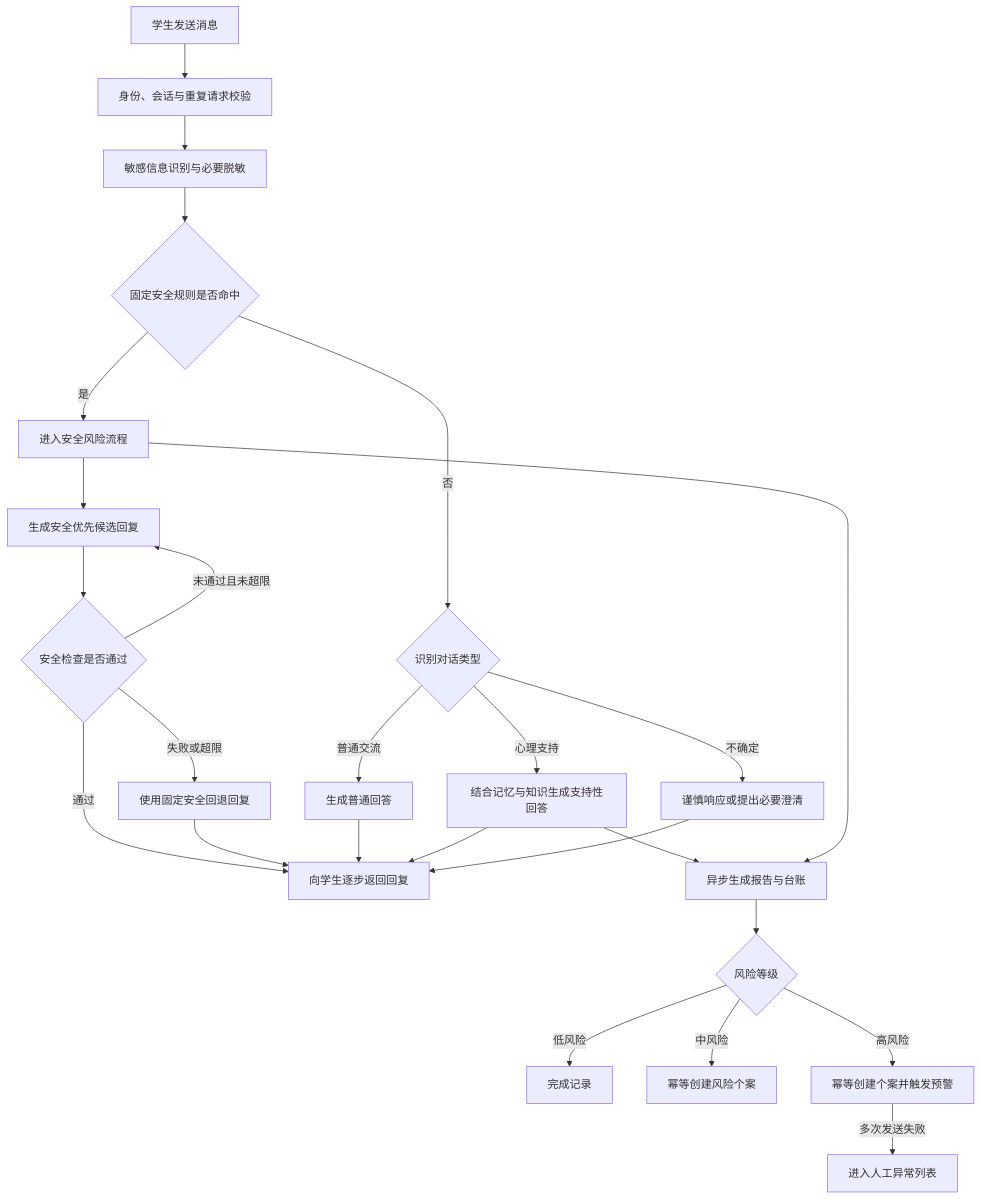
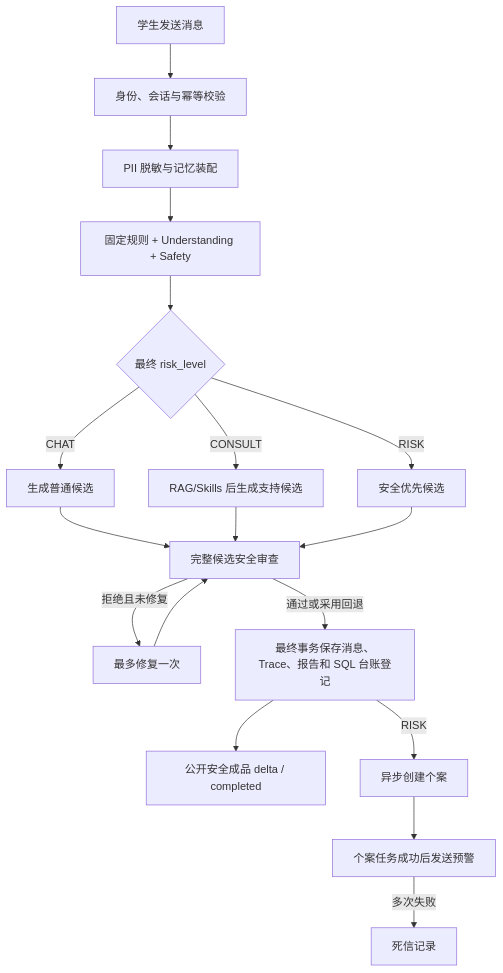
The diagram in docs/REQUIREMENTS_ANALYSIS.md (zlff003/MindNook), drawn with Mermaid before and after one commit. The commit also changed other lines of this file and 29 other files, not shown here.

````diff
--- a/docs/REQUIREMENTS_ANALYSIS.md
+++ b/docs/REQUIREMENTS_ANALYSIS.md
@@ -105,27 +117,20 @@
 ```mermaid
 flowchart TD
-    A[学生发送消息] --> B[身份、会话与重复请求校验]
-    B --> C[敏感信息识别与必要脱敏]
-    C --> D{固定安全规则是否命中}
-    D -->|是| E[进入安全风险流程]
-    D -->|否| F{识别对话类型}
-    F -->|普通交流| G[生成普通回答]
-    F -->|心理支持| H[结合记忆与知识生成支持性回答]
-    F -->|不确定| I[谨慎响应或提出必要澄清]
-    E --> J[生成安全优先候选回复]
-    J --> K{安全检查是否通过}
-    K -->|通过| L[向学生逐步返回回复]
-    K -->|未通过且未超限| J
-    K -->|失败或超限| M[使用固定安全回退回复]
-    M --> L
-    G --> L
-    H --> L
-    I --> L
-    H --> N[异步生成报告与台账]
-    E --> N
-    N --> O{风险等级}
-    O -->|低风险| P[完成记录]
-    O -->|中风险| Q[幂等创建风险个案]
-    O -->|高风险| R[幂等创建个案并触发预警]
-    R -->|多次发送失败| S[进入人工异常列表]
+    A[学生发送消息] --> B[身份、会话与幂等校验]
+    B --> C[PII 脱敏与记忆装配]
+    C --> D[固定规则 + Understanding + Safety]
+    D --> E{最终 risk_level}
+    E -->|CHAT| F[生成普通候选]
+    E -->|CONSULT| G[RAG/Skills 后生成支持候选]
+    E -->|RISK| H[安全优先候选]
+    F --> I[完整候选安全审查]
+    G --> I
+    H --> I
+    I -->|拒绝且未修复| J[最多修复一次]
+    J --> I
+    I -->|通过或采用回退| K[最终事务保存消息、Trace、报告和 SQL 台账登记]
+    K --> L[公开安全成品 delta / completed]
+    K -->|RISK| N[异步创建个案]
+    N --> O[个案任务成功后发送预警]
+    O -->|多次失败| P[死信记录]
 ```
````
